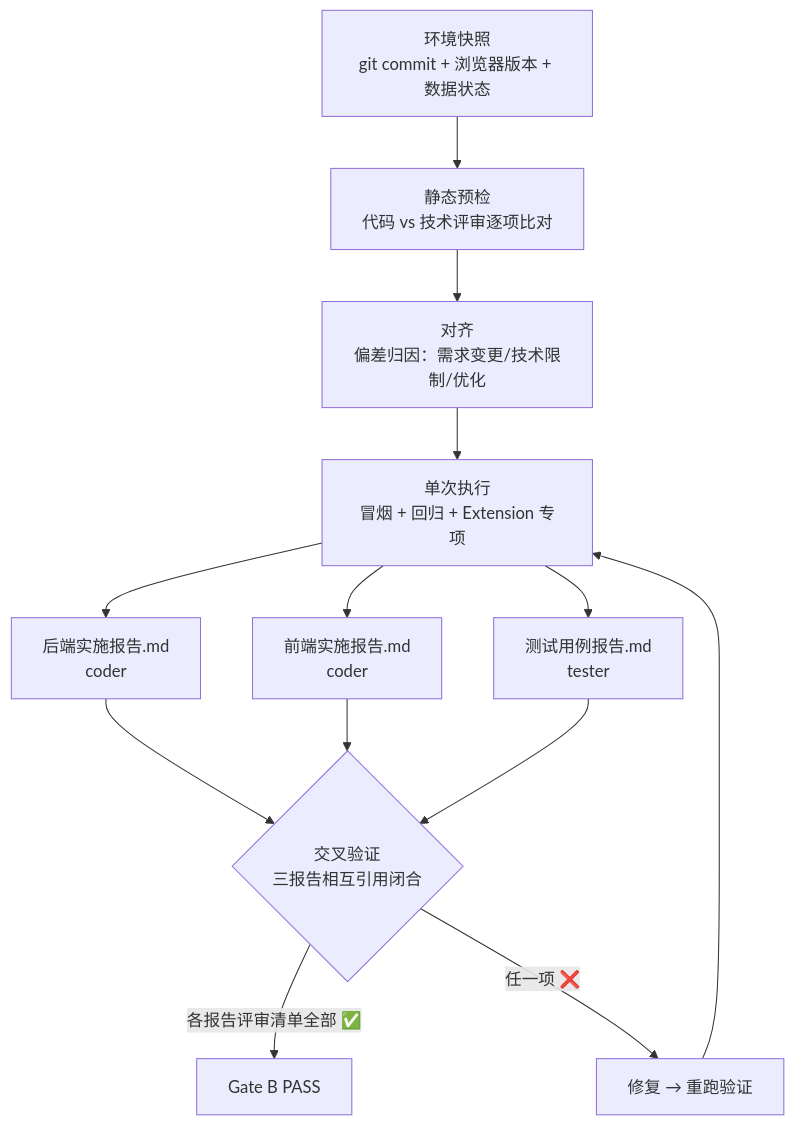
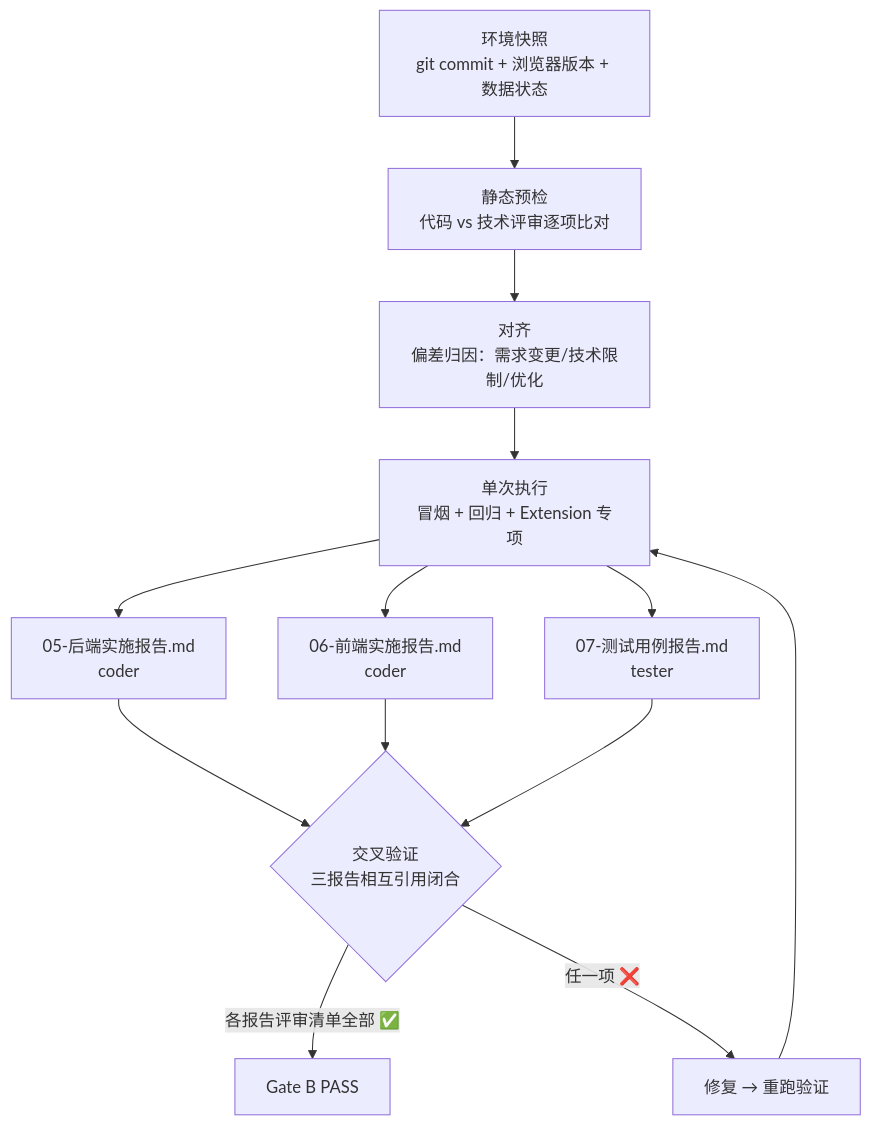
Before and after one commit to effiy/YrY: the sixth of 7 diagrams in skills/rui/SKILL.md, drawn with Mermaid. The commit also changed other lines of this file and 18 other files, not shown here.

````diff
--- a/skills/rui/SKILL.md
+++ b/skills/rui/SKILL.md
@@ -218,15 +218,15 @@
 ```mermaid
 flowchart TD
     ENV["环境快照<br/>git commit + 浏览器版本 + 数据状态"] --> STATIC["静态预检<br/>代码 vs 技术评审逐项比对"]
     STATIC --> ALIGN["对齐<br/>偏差归因：需求变更/技术限制/优化"]
     ALIGN --> EXEC["单次执行<br/>冒烟 + 回归 + Extension 专项"]
-    EXEC --> RPT_BACKEND["后端实施报告.md<br/>coder"]
-    EXEC --> RPT_FRONTEND["前端实施报告.md<br/>coder"]
-    EXEC --> RPT_TEST["测试用例报告.md<br/>tester"]
+    EXEC --> RPT_BACKEND["05-后端实施报告.md<br/>coder"]
+    EXEC --> RPT_FRONTEND["06-前端实施报告.md<br/>coder"]
+    EXEC --> RPT_TEST["07-测试用例报告.md<br/>tester"]
     RPT_BACKEND --> CROSS{"交叉验证<br/>三报告相互引用闭合"}
     RPT_FRONTEND --> CROSS
     RPT_TEST --> CROSS
     CROSS -->|"各报告评审清单全部 ✅"| GB_PASS["Gate B PASS"]
     CROSS -->|"任一项 ❌"| FIX["修复 → 重跑验证"]
     FIX --> EXEC
 ```
````
